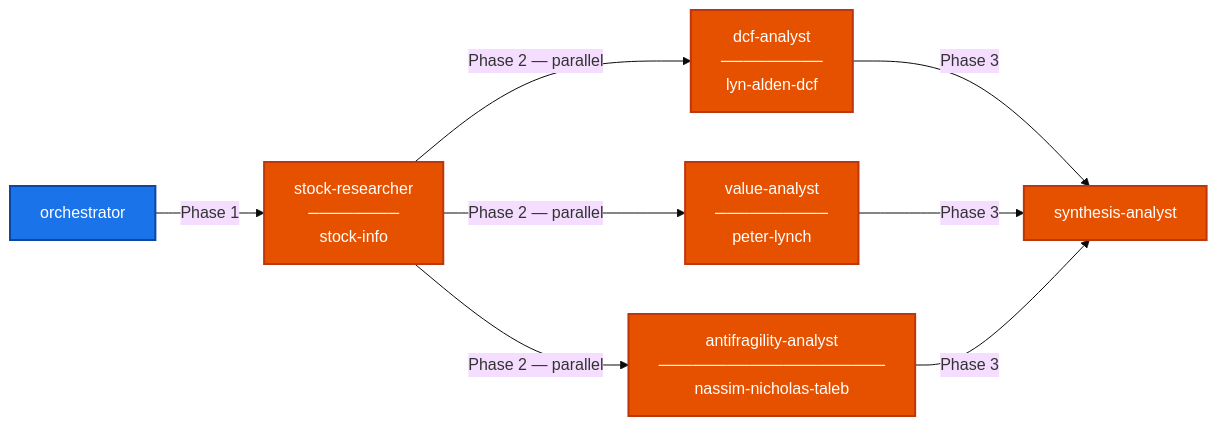
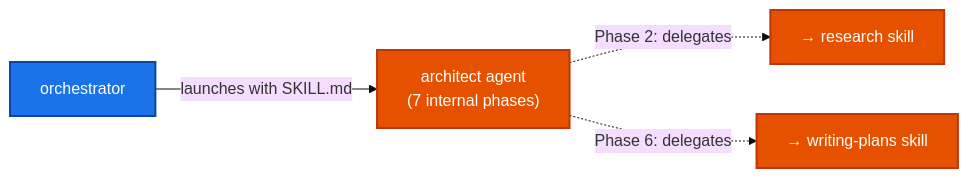
The second of 6 diagrams in WORKFLOW.md (OliverEsoterik/fleet-management), drawn with Mermaid (base theme) before and after one commit. The commit also changed other lines of this file and 19 other files, not shown here.

Commit message:
refactor to graph

````diff
--- a/WORKFLOW.md
+++ b/WORKFLOW.md
@@ -9,24 +56,17 @@
 ```mermaid
 flowchart LR
   classDef skill fill:#1a73e8,color:#fff,stroke:#0d47a1,stroke-width:2px
   classDef subagent fill:#e65100,color:#fff,stroke:#bf360c,stroke-width:2px
 
   orchestrator["orchestrator"]
+  architect["architect agent<br/>(7 internal phases)"]
+  research["→ research skill"]
+  writingPlans["→ writing-plans skill"]
 
-  stockResearcher["stock-researcher<br/>────────<br/>stock-info"]
-  dcfAnalyst["dcf-analyst<br/>─────────<br/>lyn-alden-dcf"]
-  valueAnalyst["value-analyst<br/>──────────<br/>peter-lynch"]
-  antifragilityAnalyst["antifragility-analyst<br/>────────────────────<br/>nassim-nicholas-taleb"]
-  synthesisAnalyst["synthesis-analyst"]
-
-  orchestrator -->|Phase 1| stockResearcher
-  stockResearcher -->|Phase 2 — parallel| dcfAnalyst
-  stockResearcher -->|Phase 2 — parallel| valueAnalyst
-  stockResearcher -->|Phase 2 — parallel| antifragilityAnalyst
-  dcfAnalyst -->|Phase 3| synthesisAnalyst
-  valueAnalyst -->|Phase 3| synthesisAnalyst
-  antifragilityAnalyst -->|Phase 3| synthesisAnalyst
+  orchestrator -->|launches with SKILL.md| architect
+  architect -.->|Phase 2: delegates| research
+  architect -.->|Phase 6: delegates| writingPlans
 
   class orchestrator skill
-  class stockResearcher,dcfAnalyst,valueAnalyst,antifragilityAnalyst,synthesisAnalyst subagent
+  class architect,research,writingPlans subagent
 ```
````
